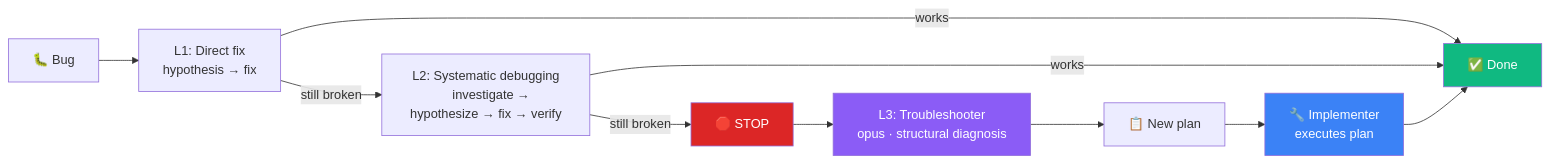
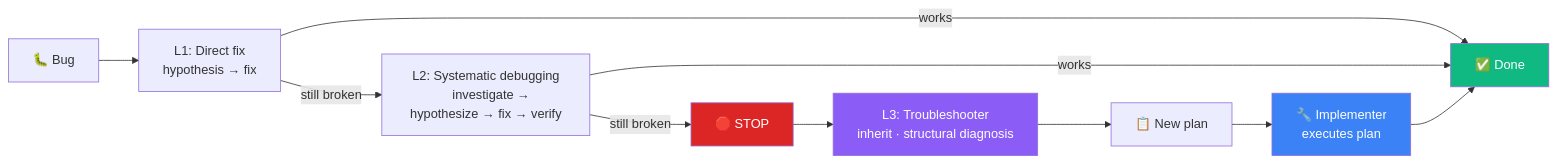
The diagram in README.md (w2ur/claude-code-setup), drawn with Mermaid before and after one commit. The commit also changed other lines of this file and 17 other files, not shown here.

````diff
--- a/README.md
+++ b/README.md
@@ -153,21 +149,21 @@
 ```mermaid
 flowchart LR
     A["🐛 Bug"] --> B["L1: Direct fix
     hypothesis → fix"]
     B -->|works| Z["✅ Done"]
     B -->|"still broken"| C["L2: Systematic debugging
     investigate → hypothesize → fix → verify"]
     C -->|works| Z
     C -->|"still broken"| D["🛑 STOP"]
     D --> E["L3: Troubleshooter
-    opus · structural diagnosis"]
+    inherit · structural diagnosis"]
     E --> F["📋 New plan"]
     F --> G["🔧 Implementer
     executes plan"]
     G --> Z
 
     style D fill:#dc2626,color:#fff
     style E fill:#8B5CF6,color:#fff
     style G fill:#3B82F6,color:#fff
     style Z fill:#10B981,color:#fff
 ```
````
